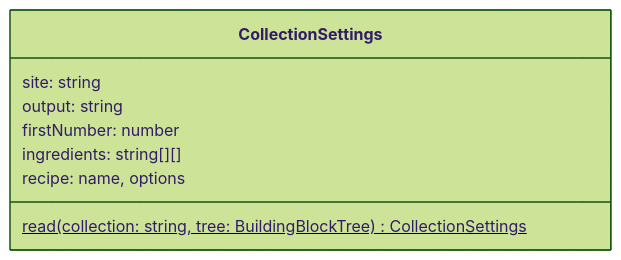
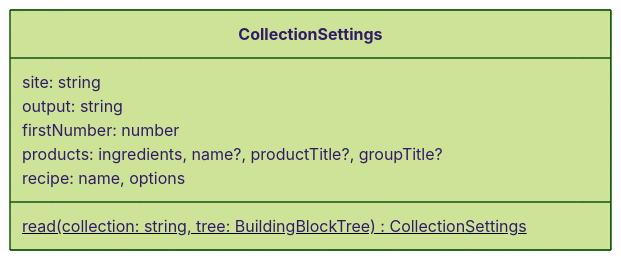
The fourth of 5 diagrams in DESIGN.md (matthiasbaitsch/quarto-loi-moi), drawn with Mermaid (forest theme) before and after one commit. The commit also changed other lines of this file and 40 other files, not shown here.

First line of the commit message:
Rewrite: building block tree; SPEC: products, name and nn-name, recipes

````diff
--- a/DESIGN.md
+++ b/DESIGN.md
@@ -165,11 +169,11 @@
 ```mermaid
 classDiagram
   class CollectionSettings {
     site: string
     output: string
     firstNumber: number
-    ingredients: string[][]
+    products: ingredients, name?, productTitle?, groupTitle?
     recipe: name, options
     read(collection: string, tree: BuildingBlockTree)$ CollectionSettings
   }
 ```
````
